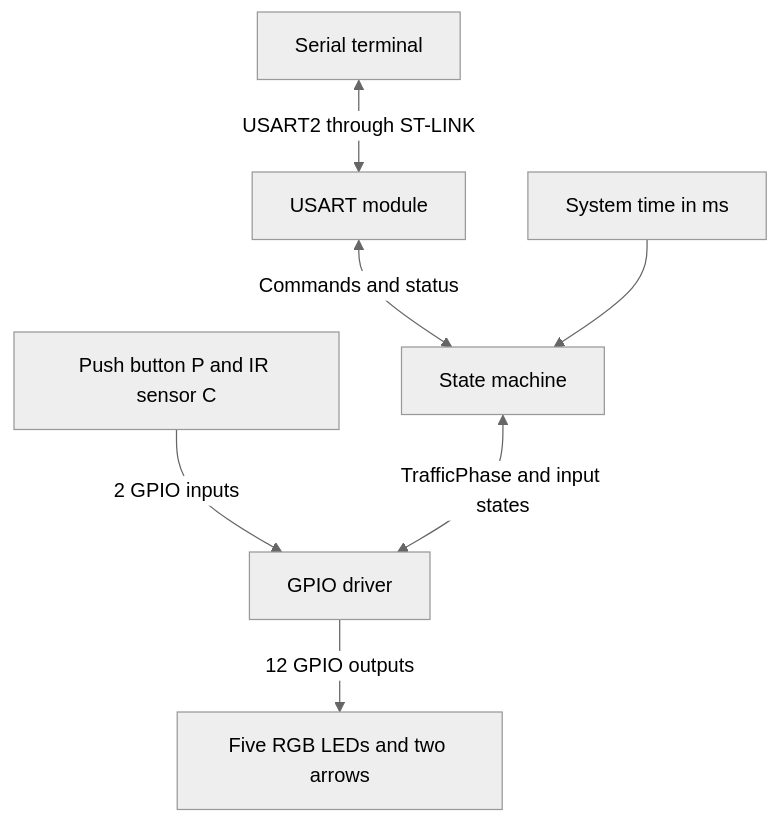
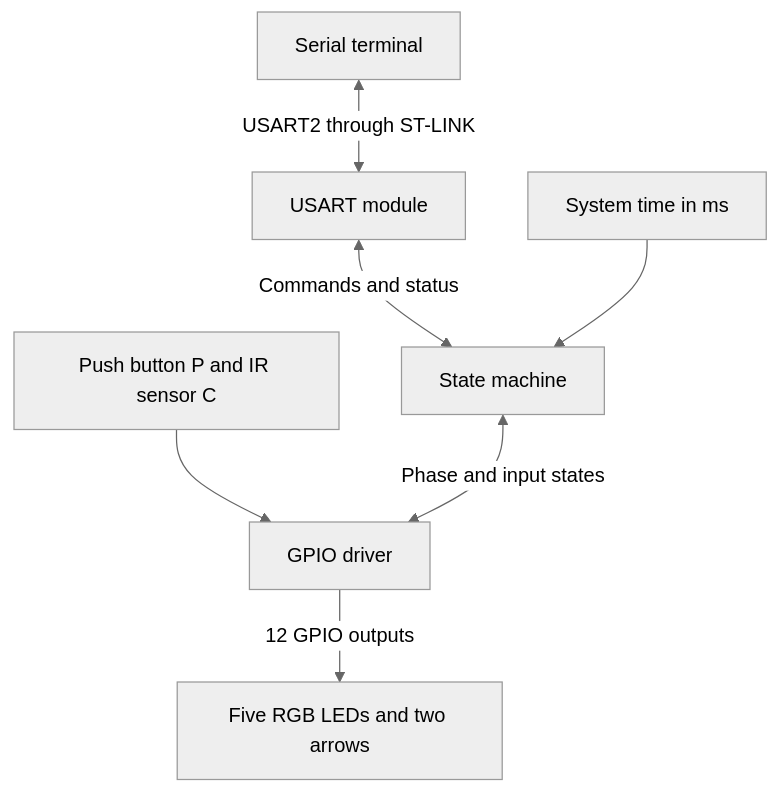
The diagram in EN_README.md (xkuceram/VRS_T_krizovatka), drawn with Mermaid (neutral theme) before and after one commit. The commit also changed other lines of this file and 1 other file, not shown here.

````diff
--- a/EN_README.md
+++ b/EN_README.md
@@ -103,9 +106,9 @@
 ```mermaid
 flowchart TD
     PC["Serial terminal"] <-->|"USART2 through ST-LINK"| USART["USART module"]
     USART <-->|"Commands and status"| FSM["State machine"]
-    IN["Push button P and IR sensor C"] -->|"2 GPIO inputs"| GPIO
+    IN["Push button P and IR sensor C"] --> GPIO
     TICK["System time in ms"] --> FSM
-    FSM <-->|"TrafficPhase and input states"| GPIO["GPIO driver"]
+    FSM <-->|"Phase and input states"| GPIO["GPIO driver"]
     GPIO -->|"12 GPIO outputs"| LED["Five RGB LEDs and two arrows"]
 ```
````
